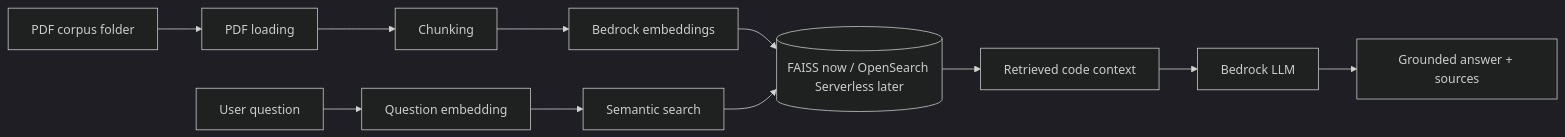
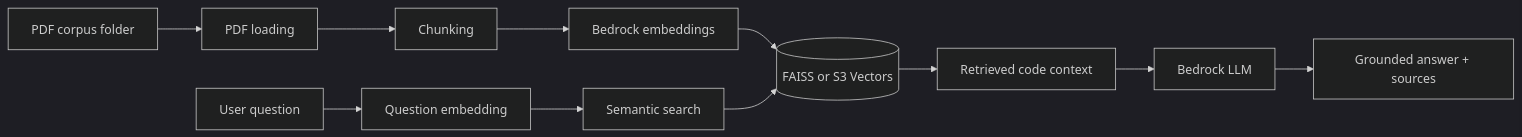
The diagram in langchain-backend/README.md (gnlyrad/fyp-ai), drawn with Mermaid (dark theme) before and after one commit. The commit also changed other lines of this file and 8 other files, not shown here.

````diff
--- a/langchain-backend/README.md
+++ b/langchain-backend/README.md
@@ -16,13 +17,13 @@
 ```mermaid
 flowchart LR
   PDFs[PDF corpus folder] --> Load[PDF loading]
   Load --> Chunk[Chunking]
   Chunk --> Embed[Bedrock embeddings]
-  Embed --> Store[(FAISS now / OpenSearch Serverless later)]
+  Embed --> Store[(FAISS or S3 Vectors)]
   Ask[User question] --> QEmbed[Question embedding]
   QEmbed --> Search[Semantic search]
   Search --> Store
   Store --> Context[Retrieved code context]
   Context --> Bedrock[Bedrock LLM]
   Bedrock --> Answer[Grounded answer + sources]
 ```
````
